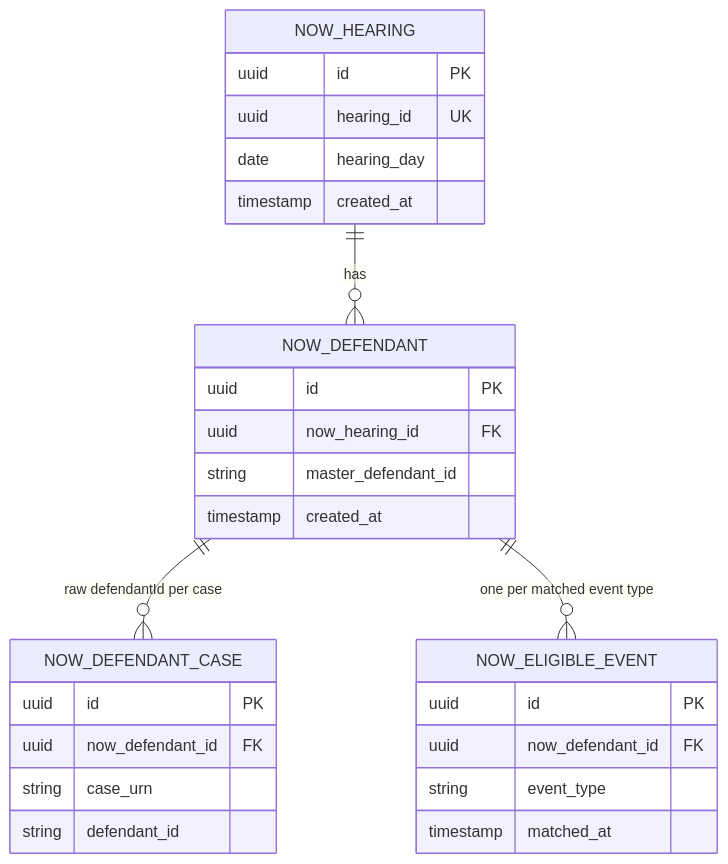
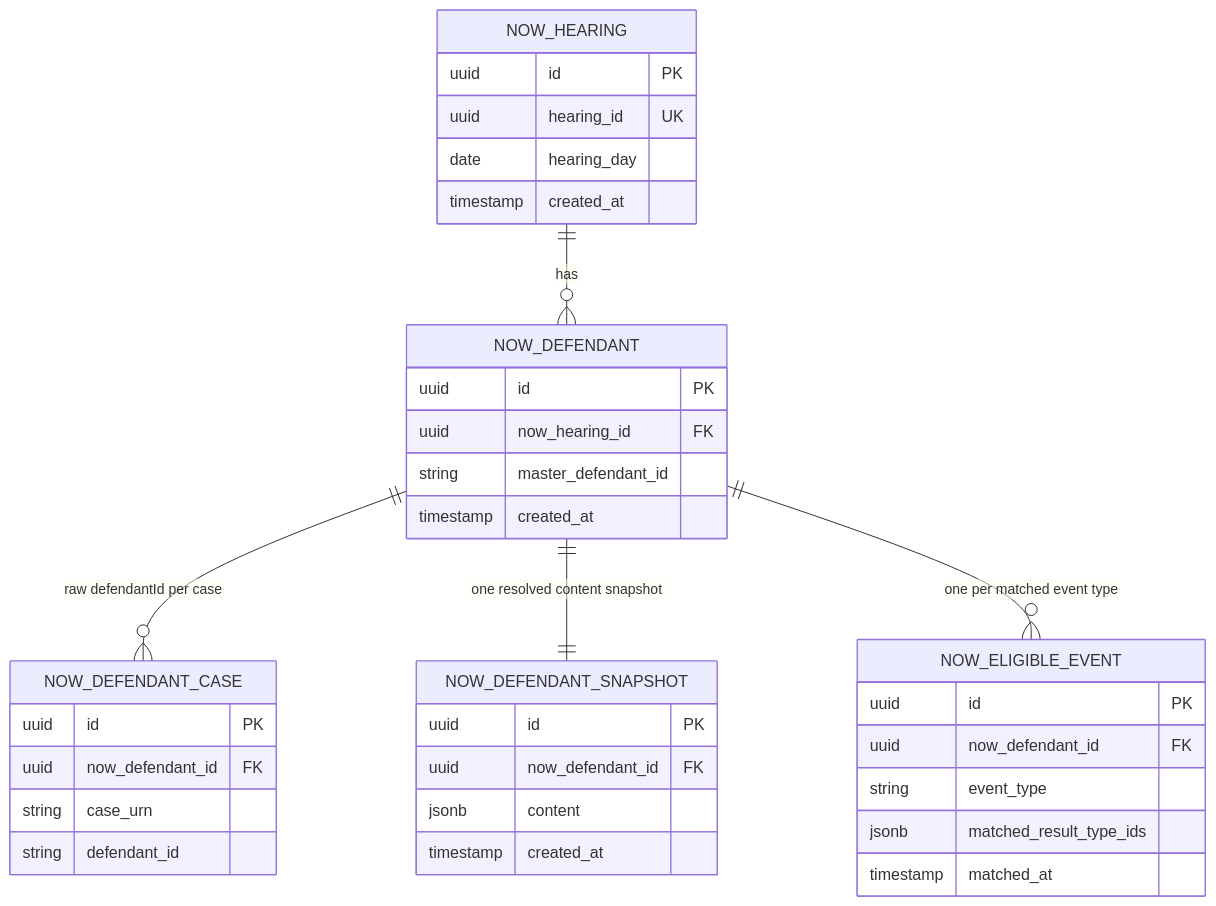
Before and after one commit to hmcts/service-cp-crime-results-nows: the second of 2 diagrams in docs/designs/2026-09-10-nows-generation-gate-technical-design.md, drawn with Mermaid. The commit also changed other lines of this file, not shown here.

````diff
--- a/docs/designs/2026-09-10-nows-generation-gate-technical-design.md
+++ b/docs/designs/2026-09-10-nows-generation-gate-technical-design.md
@@ -293,31 +317,39 @@
 ```mermaid
 erDiagram
     NOW_HEARING ||--o{ NOW_DEFENDANT : has
     NOW_DEFENDANT ||--o{ NOW_DEFENDANT_CASE : "raw defendantId per case"
+    NOW_DEFENDANT ||--|| NOW_DEFENDANT_SNAPSHOT : "one resolved content snapshot"
     NOW_DEFENDANT ||--o{ NOW_ELIGIBLE_EVENT : "one per matched event type"
 
     NOW_HEARING {
         uuid id PK
         uuid hearing_id UK
         date hearing_day
         timestamp created_at
     }
     NOW_DEFENDANT {
         uuid id PK
         uuid now_hearing_id FK
         string master_defendant_id
         timestamp created_at
     }
     NOW_DEFENDANT_CASE {
         uuid id PK
         uuid now_defendant_id FK
         string case_urn
         string defendant_id
     }
+    NOW_DEFENDANT_SNAPSHOT {
+        uuid id PK
+        uuid now_defendant_id FK
+        jsonb content
+        timestamp created_at
+    }
     NOW_ELIGIBLE_EVENT {
         uuid id PK
         uuid now_defendant_id FK
         string event_type
+        jsonb matched_result_type_ids
         timestamp matched_at
     }
 ```
````
